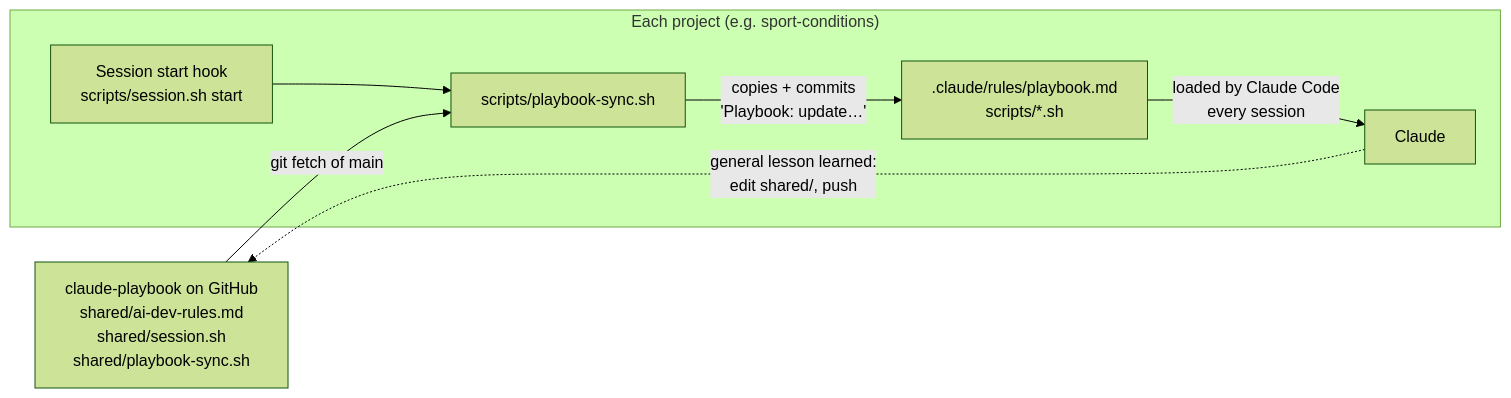
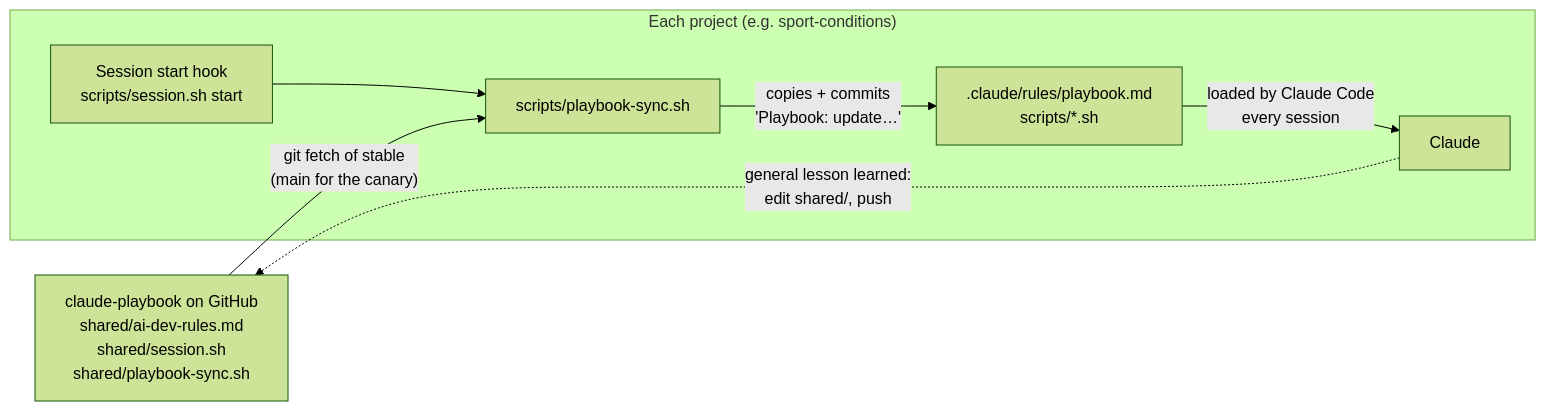
Before and after one commit to leo-hyde/claude-playbook: the diagram in docs/ARCHITECTURE.md, drawn with Mermaid (forest theme). The commit also changed other lines of this file and 4 other files, not shown here.

First line of the commit message:
Releases: docs (RELEASES.md, how a playbook session works, architecture, decision); macOS job checks it's bash 3.2

````diff
--- a/docs/ARCHITECTURE.md
+++ b/docs/ARCHITECTURE.md
@@ -11,11 +11,11 @@
 ```mermaid
 flowchart LR
   PB["claude-playbook on GitHub<br/>shared/ai-dev-rules.md<br/>shared/session.sh<br/>shared/playbook-sync.sh"]
   subgraph Project["Each project (e.g. sport-conditions)"]
     Hook["Session start hook<br/>scripts/session.sh start"] --> Sync["scripts/playbook-sync.sh"]
     Sync -->|"copies + commits<br/>'Playbook: update…'"| Rules[".claude/rules/playbook.md<br/>scripts/*.sh"]
     Rules -->|"loaded by Claude Code<br/>every session"| Claude["Claude"]
   end
-  PB -->|"git fetch of main"| Sync
+  PB -->|"git fetch of stable<br/>(main for the canary)"| Sync
   Claude -.->|"general lesson learned:<br/>edit shared/, push"| PB
 ```
````
